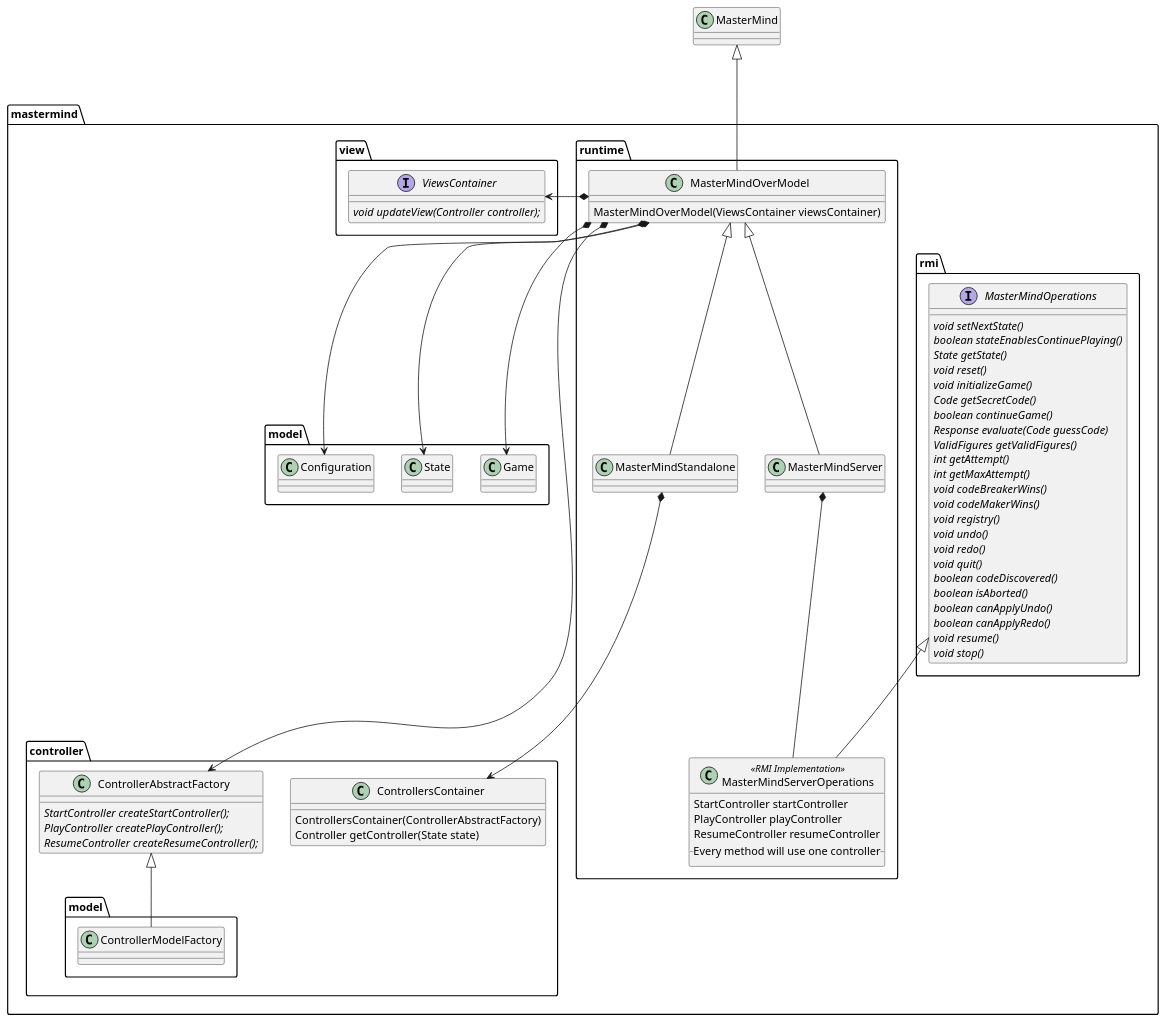
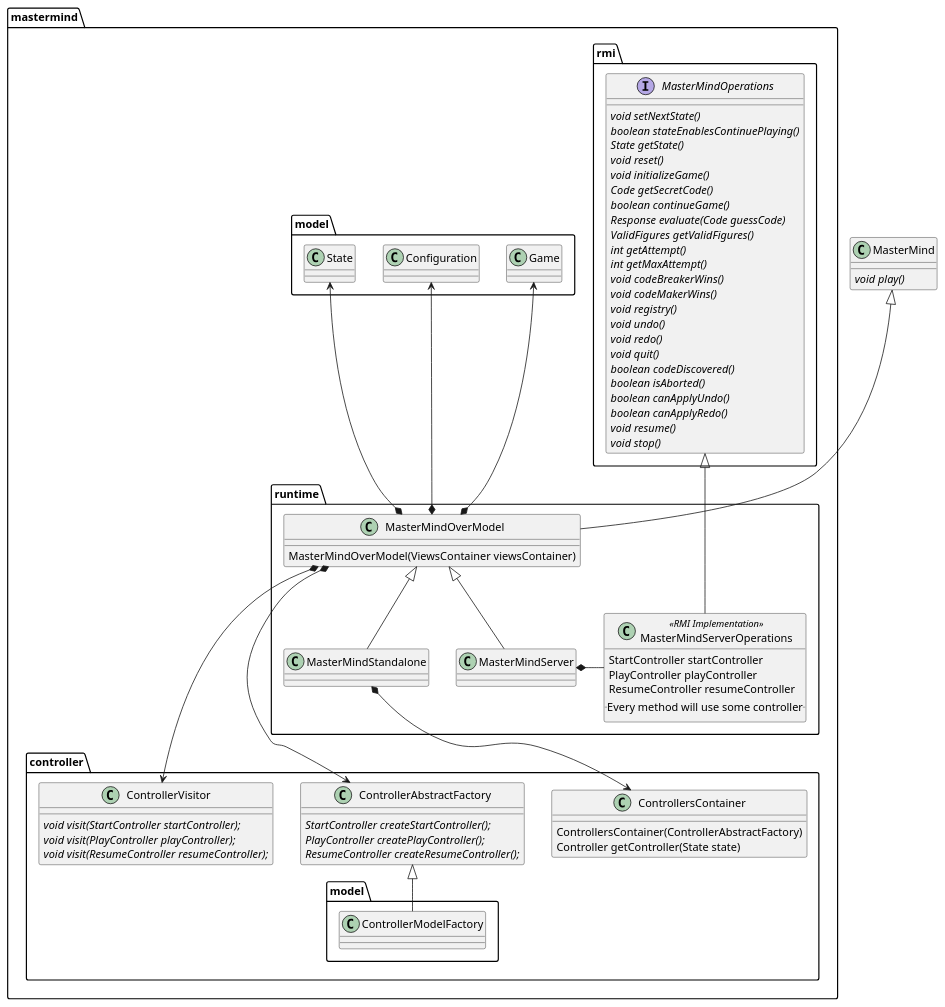
Before and after one commit to ciscoruiz/mastermind: the diagram in doc/mastermind.runtime.overmodel.puml, drawn with PlantUML. The commit also changed 5 other files, not shown here.

Commit message:
Redesign diagrams with views.ViewsContoller

```diff
--- a/doc/mastermind.runtime.overmodel.puml
+++ b/doc/mastermind.runtime.overmodel.puml
@@ -1,92 +1,97 @@
 @startuml
 
 package mastermind.controller {
    class ControllersContainer {
       ControllersContainer(ControllerAbstractFactory)
       Controller getController(State state)
    }
 
    class ControllerAbstractFactory {
       {abstract}StartController createStartController();
       {abstract}PlayController createPlayController();
       {abstract}ResumeController createResumeController();
    }
 
    package model {
       class ControllerModelFactory
+   }
+
+   class ControllerVisitor {
+      {abstract} void visit(StartController startController);
+      {abstract} void visit(PlayController playController);
+      {abstract} void visit(ResumeController resumeController);
    }
 
    ControllerAbstractFactory <|-- ControllerModelFactory
 }
 
 package mastermind.rmi {
    interface MasterMindOperations {
        {abstract}void setNextState()
        {abstract}boolean stateEnablesContinuePlaying()
        {abstract}State getState()
        {abstract}void reset()
        {abstract}void initializeGame()
        {abstract}Code getSecretCode()
        {abstract}boolean continueGame()
        {abstract}Response evaluate(Code guessCode)
        {abstract}ValidFigures getValidFigures()
        {abstract}int getAttempt()
        {abstract}int getMaxAttempt()
        {abstract}void codeBreakerWins()
        {abstract}void codeMakerWins()
        {abstract}void registry()
        {abstract}void undo()
        {abstract}void redo()
        {abstract}void quit()
        {abstract}boolean codeDiscovered()
        {abstract}boolean isAborted()
        {abstract}boolean canApplyUndo()
        {abstract}boolean canApplyRedo()
        {abstract}void resume()
        {abstract}void stop()
    }
 }
 
+class MasterMind {
+   {abstract} void play()
+}
+
 package mastermind.runtime {
    class MasterMindOverModel {
       MasterMindOverModel(ViewsContainer viewsContainer)
    }
 
    class MasterMindServerOperations <<RMI Implementation>>{
       StartController startController
       PlayController playController
       ResumeController resumeController
-      __Every method will use one controller__
+      __Every method will use some controller__
    }
 
    MasterMindOverModel <|-- MasterMindStandalone
    MasterMindOverModel <|-- MasterMindServer
 
-   MasterMindServer *--- MasterMindServerOperations
+   MasterMindServer *--left- MasterMindServerOperations
 
    MasterMindOperations <|--- MasterMindServerOperations
 }
 
 package mastermind.model {
    class Configuration
    class Game
    class State
 }
 
-package mastermind.view {
-   interface ViewsContainer {
-      {abstract}void updateView(Controller controller);
-   }
-}
+MasterMind <|-- MasterMindOverModel
 
-MasterMind <|--- MasterMindOverModel
+MasterMindOverModel *-up-> Game
+MasterMindOverModel *-up-> State
+MasterMindOverModel *-up-> Configuration
 
-MasterMindOverModel *-> Game
-MasterMindOverModel *-> State
-MasterMindOverModel *--> Configuration
-MasterMindOverModel *-left-> ViewsContainer
 MasterMindOverModel *--> ControllerAbstractFactory
+MasterMindOverModel *--> ControllerVisitor
 
-MasterMindStandalone *-down--> ControllersContainer
+MasterMindStandalone *--> ControllersContainer
 
 @enduml
```
